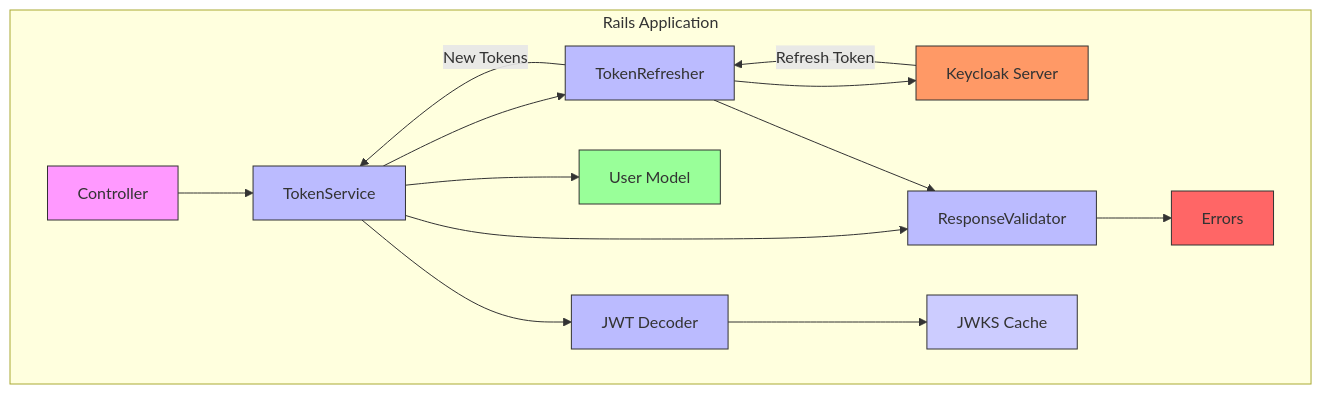
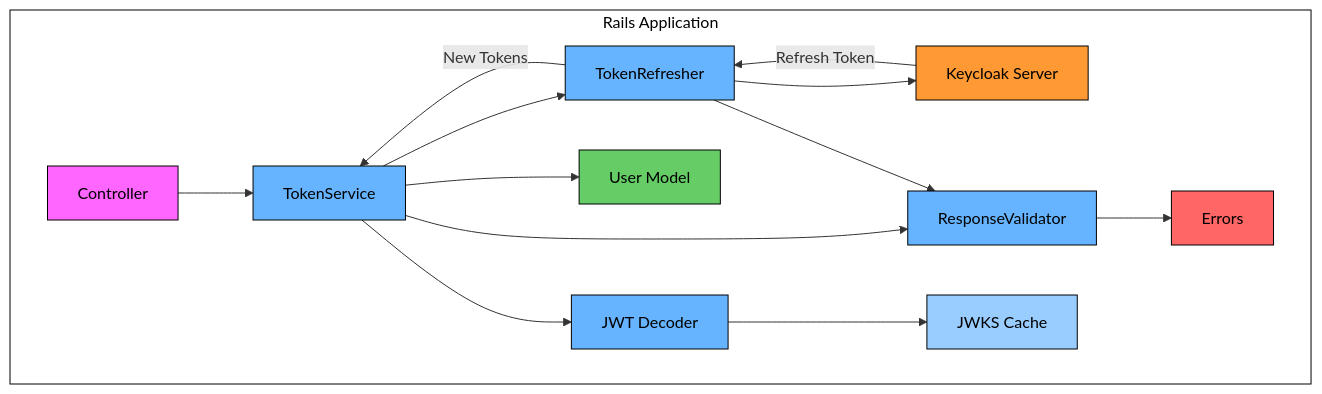
One commit to sergey-arkhipov/keycloak_ruby changed the first of 2 diagrams in README.md. Above: the diagram before and after it, drawn with Mermaid. The commit also changed other lines of this file and 3 other files, not shown here.

````diff
--- a/README.md
+++ b/README.md
@@ -61,27 +70,30 @@
 ```mermaid
 flowchart TD
     subgraph Rails_Application["Rails Application"]
         A[Controller] --> B[TokenService]
         B --> C[TokenRefresher]
         C --> D[Keycloak Server]
         D -->|Refresh Token| C
         C -->|New Tokens| B
         B --> E[User Model]
         B --> F[ResponseValidator]
         C --> F
         F --> G[Errors]
         B --> H[JWT Decoder]
         H --> I[JWKS Cache]
     end
 
-    style A fill:#f9f,stroke:#333
-    style B fill:#bbf,stroke:#333
-    style C fill:#bbf,stroke:#333
-    style D fill:#f96,stroke:#333
-    style E fill:#9f9,stroke:#333
-    style F fill:#bbf,stroke:#333
-    style G fill:#f66,stroke:#333
-    style H fill:#bbf,stroke:#333
-    style I fill:#ccf,stroke:#333
+    style A fill:#ff66ff,stroke:#000000,color:#000000
+    style B fill:#66b3ff,stroke:#000000,color:#000000
+    style C fill:#66b3ff,stroke:#000000,color:#000000
+    style D fill:#ff9933,stroke:#000000,color:#000000
+    style E fill:#66cc66,stroke:#000000,color:#000000
+    style F fill:#66b3ff,stroke:#000000,color:#000000
+    style G fill:#ff6666,stroke:#000000,color:#000000
+    style H fill:#66b3ff,stroke:#000000,color:#000000
+    style I fill:#99ccff,stroke:#000000,color:#000000
+
+    %% Subgraph styling - transparent with black border only
+    style Rails_Application fill:none,stroke:#000000,color:#000000
 
 ```
````
